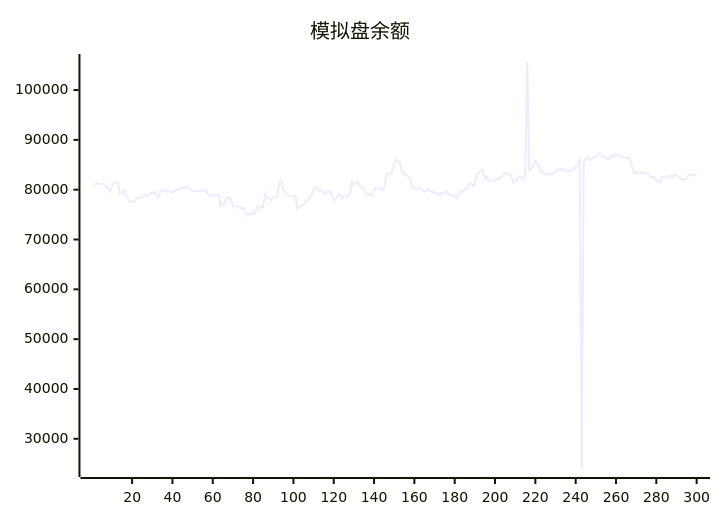
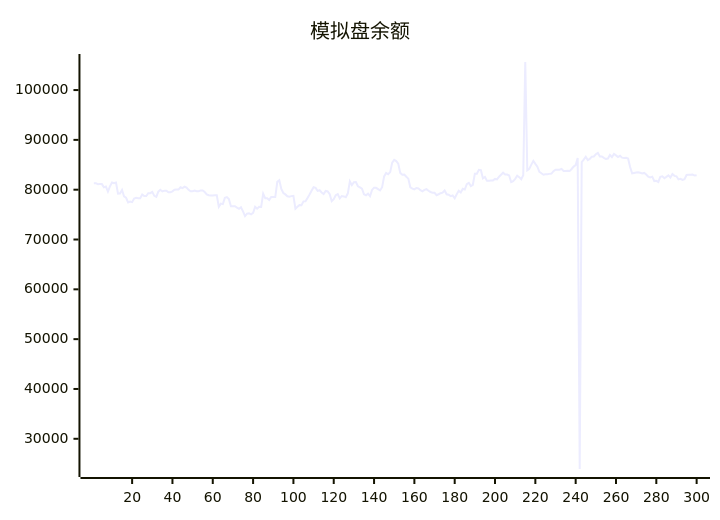
Before and after one commit to aahl/ai-trading: the diagram in README.md, drawn with Mermaid. The commit also changed other lines of this file and 1 other file, not shown here.

````diff
--- a/README.md
+++ b/README.md
@@ -5,5 +5,5 @@
 ```mermaid
 xychart
     title "模拟盘余额"
-    line [80737,81309,81309,81106,81119,81119,80471,80631,79624,80670,81448,81290,81429,79212,79222,79940,78643,78380,77432,77623,77504,78235,78358,78284,78277,79048,78714,78714,79290,79308,79567,78763,78563,79603,79988,79652,79813,79813,79476,79469,79673,79995,80015,80015,80486,80314,80600,80436,79966,79689,79689,79819,79692,79692,79850,79850,79518,79071,78889,78850,78850,78878,78878,76554,77202,77103,78357,78510,78106,76678,76677,76672,76411,76159,76485,75656,74695,75197,75246,75052,75334,76564,76179,76553,76551,79196,78300,78300,77944,78531,78531,78521,81564,81884,80160,79335,79055,78675,78580,78708,78764,76179,76586,76902,76876,77658,77669,78346,79023,79769,80497,80366,79761,79896,79448,79126,79749,79658,79097,77695,78114,78888,79126,78249,78738,78653,78478,79271,81680,80923,81488,81527,80681,80455,80190,79084,78879,79193,78686,79954,80403,80374,80118,79848,80491,82665,83351,83098,83525,85430,85983,85737,85221,83378,83014,83043,82613,82216,80477,80208,80081,80348,80277,79894,79670,79965,80093,79786,79542,79406,79371,78893,79087,79304,79406,79841,79072,78978,78696,78846,78272,79085,79787,79442,80198,80031,81120,81379,80718,80985,83214,83212,83993,83921,82270,82547,81776,81776,81866,81866,82158,82061,82596,83000,83408,83041,83050,82858,81503,81691,82188,82812,82517,82092,82901,105633,83898,84180,85030,85781,85178,84604,83569,83298,83008,83093,83107,83175,83228,83729,84025,84017,84019,84177,83775,83762,83785,83738,84160,84639,84939,86370,23934,85548,86046,86599,85942,86161,86622,86664,87115,87369,86666,86685,86384,86152,86243,86969,86548,87164,86885,86566,86809,86427,86348,86417,86273,84538,83299,83369,83430,83490,83404,83270,83362,83056,82605,82459,82614,81734,81788,81551,82598,82702,82320,82580,82878,82426,83139,82778,82686,82056,82166,81963,82110,82951,82983,82984,83038,82838]
+    line [81309,81309,81106,81119,81119,80471,80631,79624,80670,81448,81290,81429,79212,79222,79940,78643,78380,77432,77623,77504,78235,78358,78284,78277,79048,78714,78714,79290,79308,79567,78763,78563,79603,79988,79652,79813,79813,79476,79469,79673,79995,80015,80015,80486,80314,80600,80436,79966,79689,79689,79819,79692,79692,79850,79850,79518,79071,78889,78850,78850,78878,78878,76554,77202,77103,78357,78510,78106,76678,76677,76672,76411,76159,76485,75656,74695,75197,75246,75052,75334,76564,76179,76553,76551,79196,78300,78300,77944,78531,78531,78521,81564,81884,80160,79335,79055,78675,78580,78708,78764,76179,76586,76902,76876,77658,77669,78346,79023,79769,80497,80366,79761,79896,79448,79126,79749,79658,79097,77695,78114,78888,79126,78249,78738,78653,78478,79271,81680,80923,81488,81527,80681,80455,80190,79084,78879,79193,78686,79954,80403,80374,80118,79848,80491,82665,83351,83098,83525,85430,85983,85737,85221,83378,83014,83043,82613,82216,80477,80208,80081,80348,80277,79894,79670,79965,80093,79786,79542,79406,79371,78893,79087,79304,79406,79841,79072,78978,78696,78846,78272,79085,79787,79442,80198,80031,81120,81379,80718,80985,83214,83212,83993,83921,82270,82547,81776,81776,81866,81866,82158,82061,82596,83000,83408,83041,83050,82858,81503,81691,82188,82812,82517,82092,82901,105633,83898,84180,85030,85781,85178,84604,83569,83298,83008,83093,83107,83175,83228,83729,84025,84017,84019,84177,83775,83762,83785,83738,84160,84639,84939,86370,23934,85548,86046,86599,85942,86161,86622,86664,87115,87369,86666,86685,86384,86152,86243,86969,86548,87164,86885,86566,86809,86427,86348,86417,86273,84538,83299,83369,83430,83490,83404,83270,83362,83056,82605,82459,82614,81734,81788,81551,82598,82702,82320,82580,82878,82426,83139,82778,82686,82056,82166,81963,82110,82951,82983,82984,83038,82838,82915]
 ```
````
